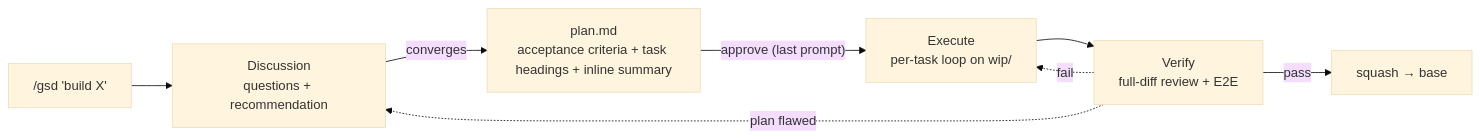
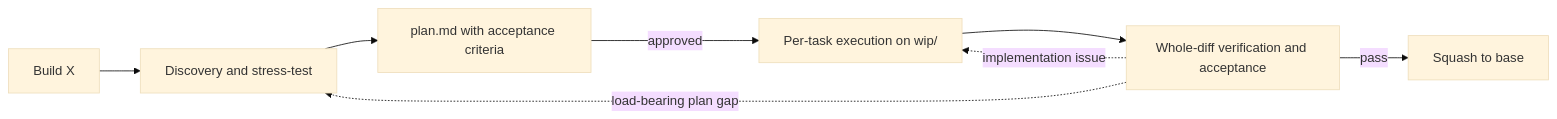
One commit to babymum7/gsd changed the diagram in README.md. Above: the diagram before and after it, drawn with Mermaid (base theme). The commit also changed other lines of this file and 26 other files, not shown here.

````diff
--- a/README.md
+++ b/README.md
@@ -30,10 +45,10 @@
 ```mermaid
 flowchart LR
-    U["/gsd 'build X'"] --> D[Discussion<br/>questions + recommendation]
-    D -->|converges| P[plan.md<br/>acceptance criteria + task headings + inline summary]
-    P -->|"approve (last prompt)"| E[Execute<br/>per-task loop on wip/]
-    E --> V[Verify<br/>full-diff review + E2E]
-    V -->|pass| M[squash → base]
-    V -.fail.-> E
-    V -.plan flawed.-> D
+    U["Build X"] --> B[Discovery and stress-test]
+    B --> P[plan.md with acceptance criteria]
+    P -->|approved| E[Per-task execution on wip/]
+    E --> V[Whole-diff verification and acceptance]
+    V -->|pass| M[Squash to base]
+    V -.implementation issue.-> E
+    V -.load-bearing plan gap.-> B
 ```
````
